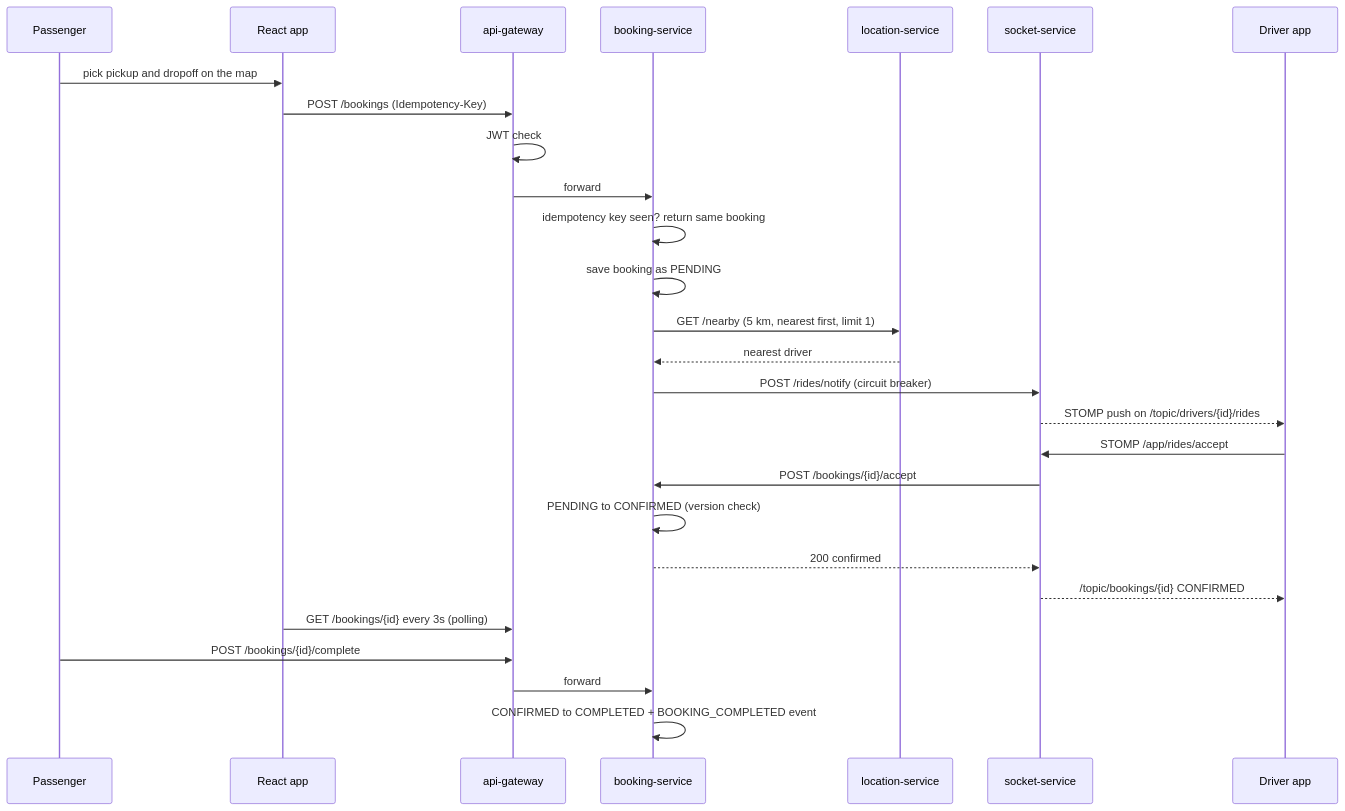
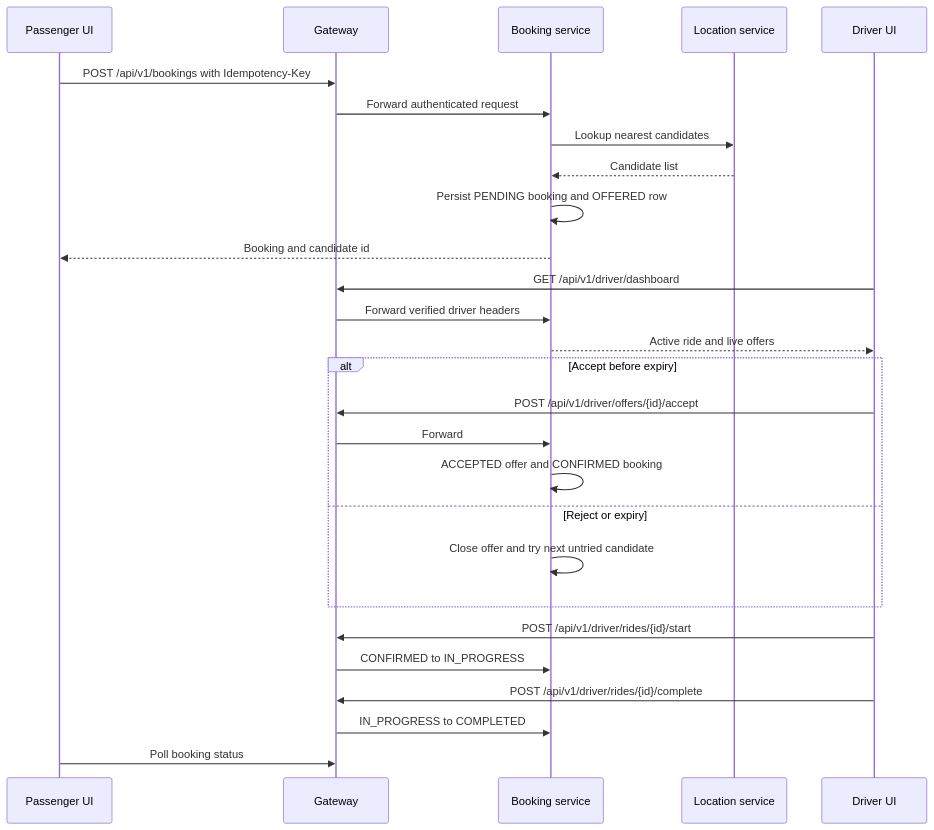
Before and after one commit to piyush932/uber-ride-platform: the second of 4 diagrams in docs/HLD.md, drawn with Mermaid. The commit also changed other lines of this file, not shown here.

Commit message:
docs: update HLD for Phase 9 driver dispatch and trip lifecycle

````diff
--- a/docs/HLD.md
+++ b/docs/HLD.md
@@ -103,30 +76,29 @@
 ```mermaid
 sequenceDiagram
-    participant P as Passenger
-    participant UI as React app
-    participant GW as api-gateway
-    participant B as booking-service
-    participant L as location-service
-    participant S as socket-service
-    participant D as Driver app
-
-    P->>UI: pick pickup and dropoff on the map
-    UI->>GW: POST /bookings (Idempotency-Key)
-    GW->>GW: JWT check
-    GW->>B: forward
-    B->>B: idempotency key seen? return same booking
-    B->>B: save booking as PENDING
-    B->>L: GET /nearby (5 km, nearest first, limit 1)
-    L-->>B: nearest driver
-    B->>S: POST /rides/notify (circuit breaker)
-    S-->>D: STOMP push on /topic/drivers/{id}/rides
-    D->>S: STOMP /app/rides/accept
-    S->>B: POST /bookings/{id}/accept
-    B->>B: PENDING to CONFIRMED (version check)
-    B-->>S: 200 confirmed
-    S-->>D: /topic/bookings/{id} CONFIRMED
-    UI->>GW: GET /bookings/{id} every 3s (polling)
-    P->>GW: POST /bookings/{id}/complete
-    GW->>B: forward
-    B->>B: CONFIRMED to COMPLETED + BOOKING_COMPLETED event
+    participant P as Passenger UI
+    participant G as Gateway
+    participant B as Booking service
+    participant L as Location service
+    participant D as Driver UI
+    P->>G: POST /api/v1/bookings with Idempotency-Key
+    G->>B: Forward authenticated request
+    B->>L: Lookup nearest candidates
+    L-->>B: Candidate list
+    B->>B: Persist PENDING booking and OFFERED row
+    B-->>P: Booking and candidate id
+    D->>G: GET /api/v1/driver/dashboard
+    G->>B: Forward verified driver headers
+    B-->>D: Active ride and live offers
+    alt Accept before expiry
+        D->>G: POST /api/v1/driver/offers/{id}/accept
+        G->>B: Forward
+        B->>B: ACCEPTED offer and CONFIRMED booking
+    else Reject or expiry
+        B->>B: Close offer and try next untried candidate
+    end
+    D->>G: POST /api/v1/driver/rides/{id}/start
+    G->>B: CONFIRMED to IN_PROGRESS
+    D->>G: POST /api/v1/driver/rides/{id}/complete
+    G->>B: IN_PROGRESS to COMPLETED
+    P->>G: Poll booking status
 ```
````
